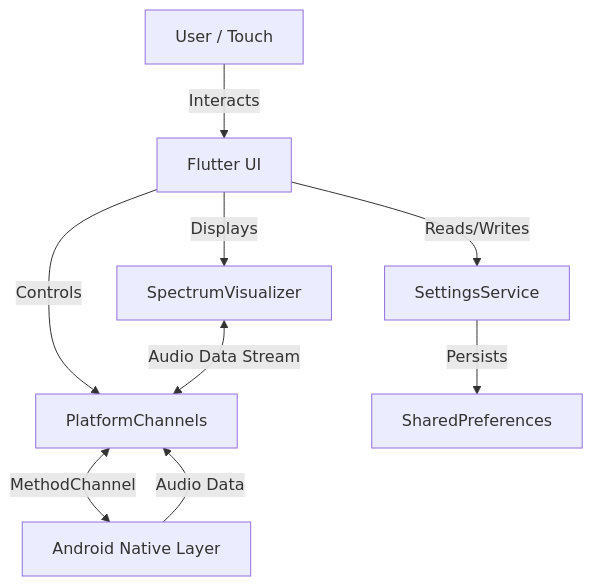
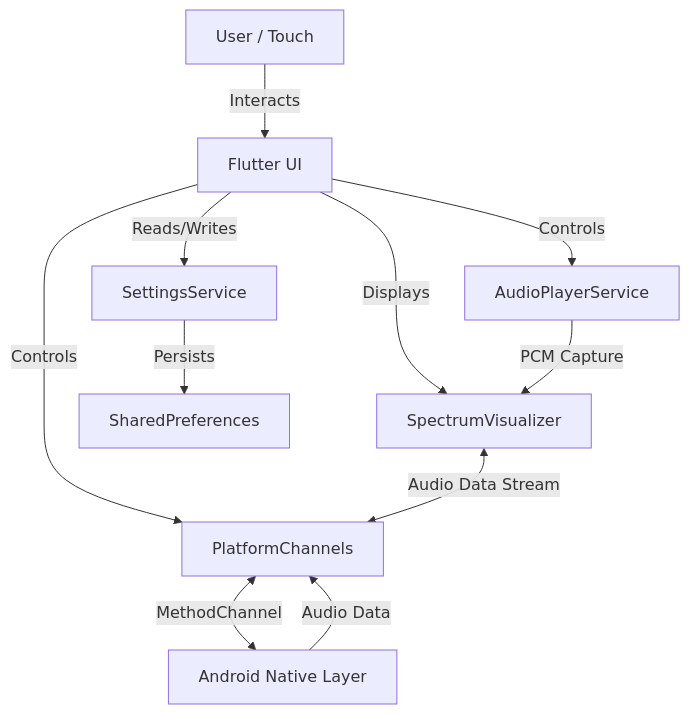
Before and after one commit to maxim-saplin/nothingness: the diagram in docs/architecture/overview.md, drawn with Mermaid. The commit also changed other lines of this file and 23 other files, not shown here.

````diff
--- a/docs/architecture/overview.md
+++ b/docs/architecture/overview.md
@@ -7,13 +7,15 @@
 ```mermaid
 graph TD
     User[User / Touch] --> |Interacts| UI[Flutter UI]
     UI --> |Reads/Writes| Settings[SettingsService]
     UI --> |Displays| Vis[SpectrumVisualizer]
     UI --> |Controls| PC[PlatformChannels]
+    UI --> |Controls| Player[AudioPlayerService]
     
     Settings --> |Persists| SP[SharedPreferences]
     
     PC <--> |MethodChannel| Native[Android Native Layer]
+    Player --> |PCM Capture| Vis
     Native --> |Audio Data| PC
     Vis <--> |Audio Data Stream| PC
 ```
````
